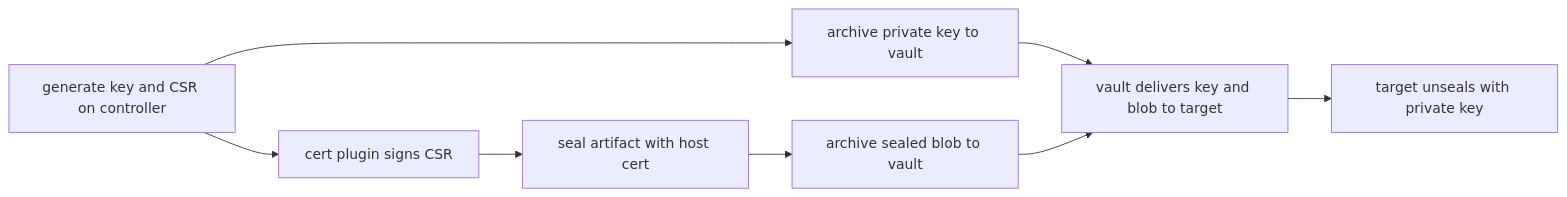
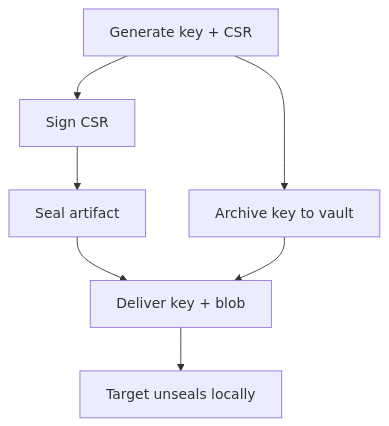
One commit to gprocunier/eigenstate-ipa changed diagram 11 of 12 in docs/cert-use-cases.md. Above: the diagram before and after it, drawn with Mermaid. The commit also changed other lines of this file and 12 other files, not shown here.

Commit message:
Clean up Mermaid diagrams across docs

````diff
--- a/docs/cert-use-cases.md
+++ b/docs/cert-use-cases.md
@@ -632,10 +643,12 @@
 ```mermaid
-flowchart LR
-    A["generate key and CSR on controller"] --> B["cert plugin signs CSR"]
-    A --> C["archive private key to vault"]
-    B --> D["seal artifact with host cert"]
-    D --> E["archive sealed blob to vault"]
-    C --> F["vault delivers key and blob to target"]
-    E --> F
-    F --> G["target unseals with private key"]
+flowchart TD
+    prep["Generate key + CSR"]
+    sign["Sign CSR"]
+    archive["Archive key to vault"]
+    seal["Seal artifact"]
+    deliver["Deliver key + blob"]
+    unseal["Target unseals locally"]
+
+    prep --> sign --> seal --> deliver --> unseal
+    prep --> archive --> deliver
 ```
````
